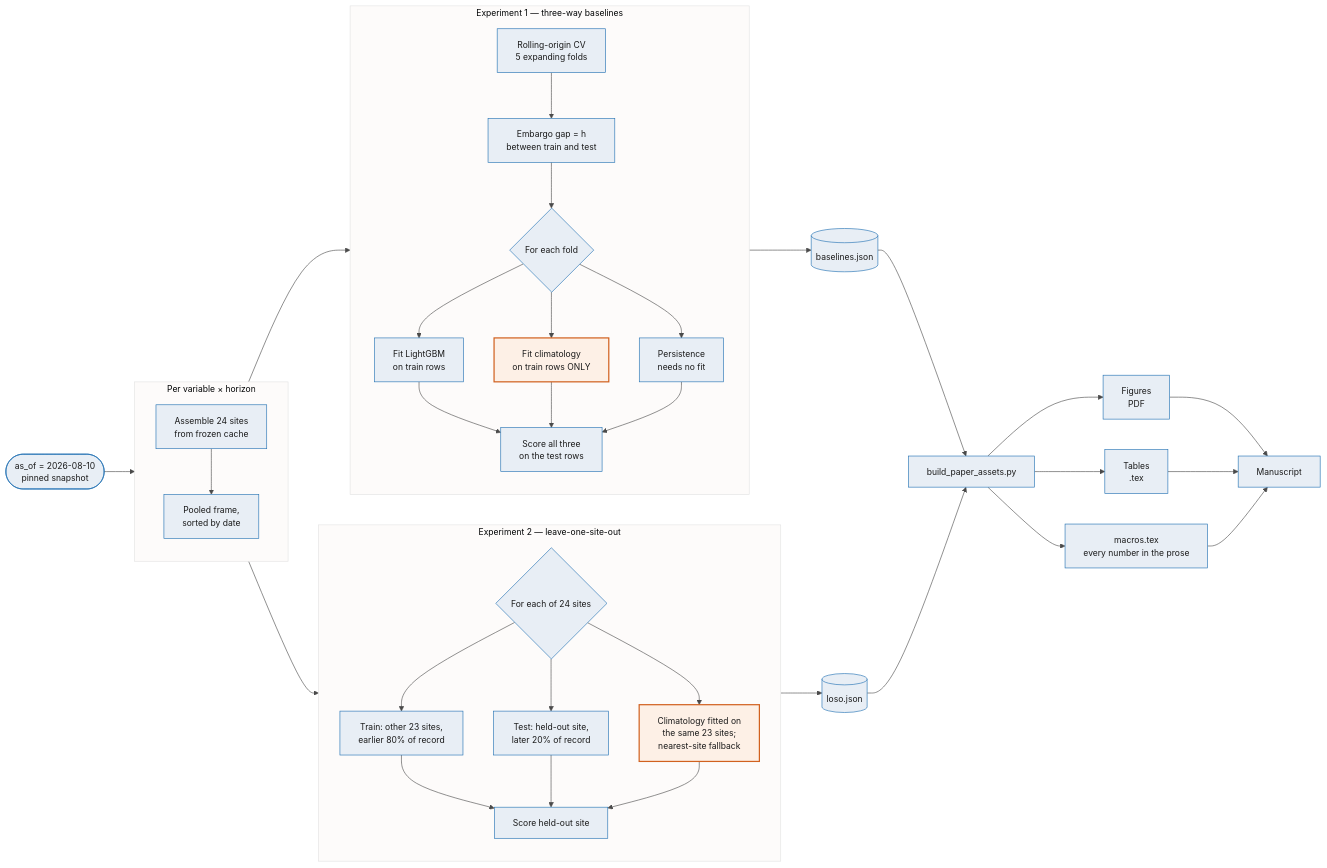
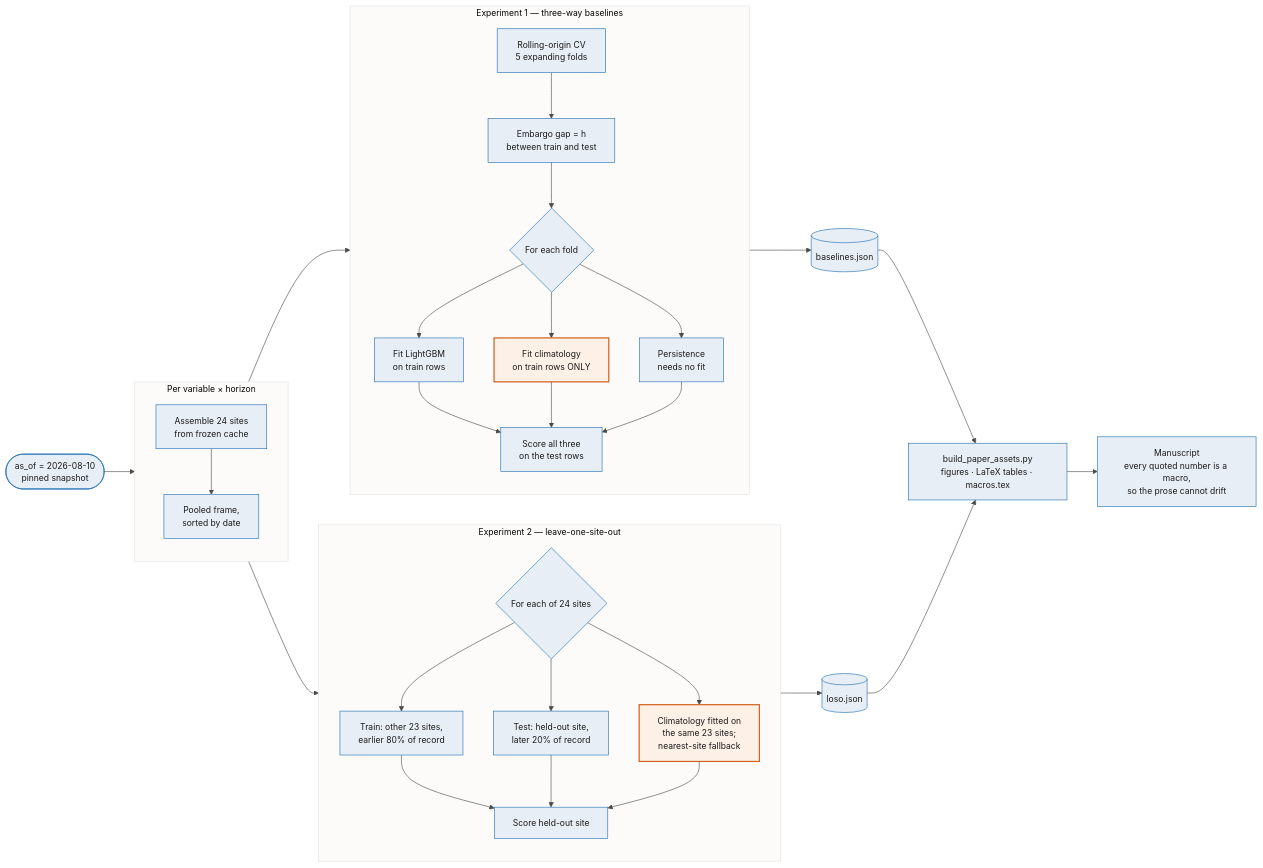
Before and after one commit to VelvetGradient-26/MarisAI: the diagram in research/shared/diagrams/dataflow.mmd, drawn with Mermaid. The commit also changed 22 other files, not shown here.

```diff
--- a/research/shared/diagrams/dataflow.mmd
+++ b/research/shared/diagrams/dataflow.mmd
@@ -1,54 +1,49 @@
 %%{init: {'theme':'base','themeVariables':{'fontFamily':'Helvetica, Arial, sans-serif','fontSize':'14px','primaryColor':'#e8eef5','primaryTextColor':'#1a1a1a','primaryBorderColor':'#1f6fb2','lineColor':'#4a4a4a'}}}%%
 flowchart LR
     START(["as_of = 2026-08-10<br/>pinned snapshot"]) --> ASM
 
     subgraph ASM["Per variable × horizon"]
         direction TB
         A1["Assemble 24 sites<br/>from frozen cache"]
         A2["Pooled frame,<br/>sorted by date"]
         A1 --> A2
     end
 
     ASM --> E1
     ASM --> E2
 
     subgraph E1["Experiment 1 — three-way baselines"]
         direction TB
         R1["Rolling-origin CV<br/>5 expanding folds"]
         R2["Embargo gap = h<br/>between train and test"]
         R3{"For each fold"}
         R4["Fit LightGBM<br/>on train rows"]
         R5["Fit climatology<br/>on train rows ONLY"]
         R6["Persistence<br/>needs no fit"]
         R7["Score all three<br/>on the test rows"]
         R1 --> R2 --> R3
         R3 --> R4 --> R7
         R3 --> R5 --> R7
         R3 --> R6 --> R7
     end
 
     subgraph E2["Experiment 2 — leave-one-site-out"]
         direction TB
         L1{"For each of 24 sites"}
         L2["Train: other 23 sites,<br/>earlier 80% of record"]
         L3["Test: held-out site,<br/>later 20% of record"]
         L4["Climatology fitted on<br/>the same 23 sites;<br/>nearest-site fallback"]
         L5["Score held-out site"]
         L1 --> L2 --> L5
         L1 --> L3 --> L5
         L1 --> L4 --> L5
     end
 
     E1 --> OUT1[("baselines.json")]
     E2 --> OUT2[("loso.json")]
     OUT1 --> ASSET
     OUT2 --> ASSET
-    ASSET["build_paper_assets.py"] --> FIG["Figures<br/>PDF"]
-    ASSET --> TAB["Tables<br/>.tex"]
-    ASSET --> MAC["macros.tex<br/>every number in the prose"]
-    FIG --> PAPER["Manuscript"]
-    TAB --> PAPER
-    MAC --> PAPER
+    ASSET["build_paper_assets.py<br/>figures · LaTeX tables · macros.tex"] --> PAPER["Manuscript<br/>every quoted number is a macro,<br/>so the prose cannot drift"]
 
     classDef leak fill:#fdf0e6,stroke:#d1611f,stroke-width:2px,color:#1a1a1a
     class R5,L4 leak
```
